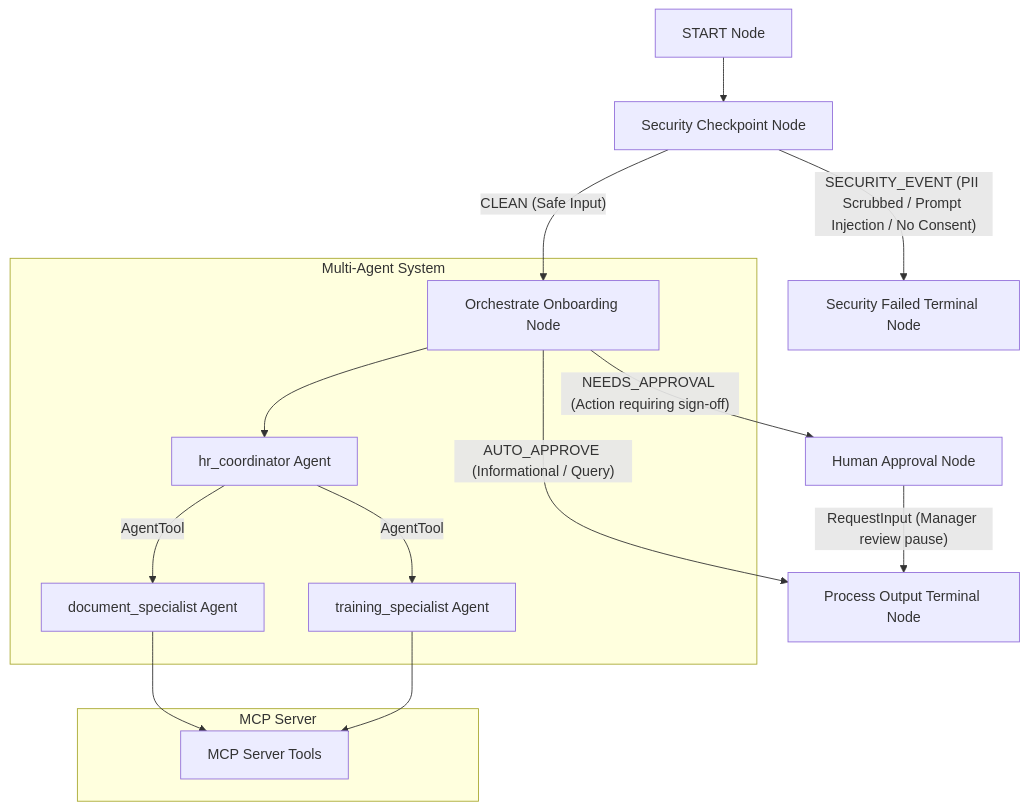
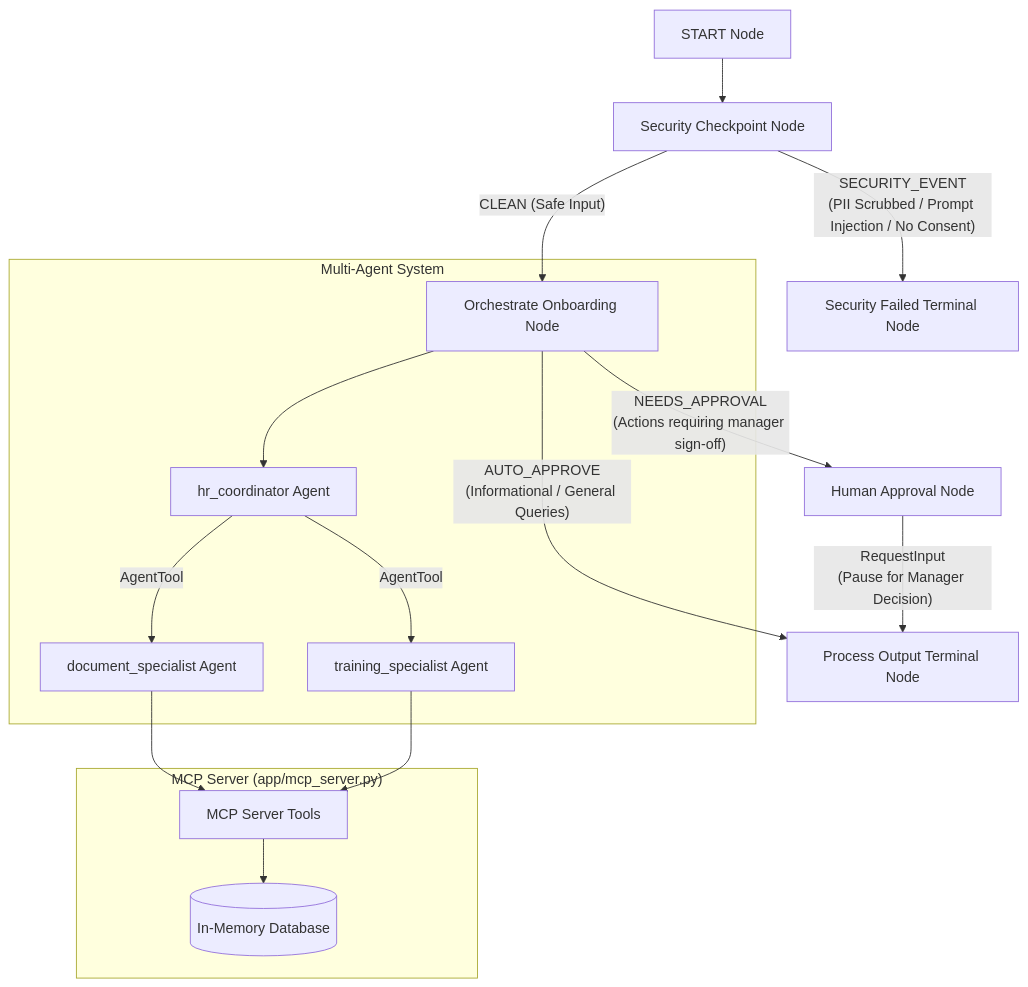
The diagram in SUBMISSION_WRITEUP.md (balabhadra3141/hr-onboarding-agent), drawn with Mermaid before and after one commit.

Commit message:
Update Mermaid diagram in SUBMISSION_WRITEUP.md to align with README.md

````diff
--- a/SUBMISSION_WRITEUP.md
+++ b/SUBMISSION_WRITEUP.md
@@ -13,22 +13,24 @@
 ```mermaid
 graph TD
     START[START Node] --> SEC[Security Checkpoint Node]
-    SEC -- "SECURITY_EVENT (PII Scrubbed / Prompt Injection / No Consent)" --> SEC_FAIL[Security Failed Terminal Node]
+    
+    SEC -- "SECURITY_EVENT<br>(PII Scrubbed / Prompt Injection / No Consent)" --> SEC_FAIL[Security Failed Terminal Node]
     SEC -- "CLEAN (Safe Input)" --> ORCH[Orchestrate Onboarding Node]
     
-    subgraph Multi-Agent System
+    subgraph "Multi-Agent System"
         ORCH --> COORD[hr_coordinator Agent]
         COORD -- "AgentTool" --> DOC_SPEC[document_specialist Agent]
         COORD -- "AgentTool" --> TRAIN_SPEC[training_specialist Agent]
     end
     
-    subgraph MCP Server
+    subgraph "MCP Server (app/mcp_server.py)"
         DOC_SPEC --> MCP[MCP Server Tools]
         TRAIN_SPEC --> MCP
+        MCP --> DB[(In-Memory Database)]
     end
     
-    ORCH -- "AUTO_APPROVE (Informational / Query)" --> PROC_OUT[Process Output Terminal Node]
-    ORCH -- "NEEDS_APPROVAL (Action requiring sign-off)" --> HITL[Human Approval Node]
+    ORCH -- "AUTO_APPROVE<br>(Informational / General Queries)" --> PROC_OUT[Process Output Terminal Node]
+    ORCH -- "NEEDS_APPROVAL<br>(Actions requiring manager sign-off)" --> HITL[Human Approval Node]
     
-    HITL -- "RequestInput (Manager review pause)" --> PROC_OUT
+    HITL -- "RequestInput<br>(Pause for Manager Decision)" --> PROC_OUT
 ```
````
